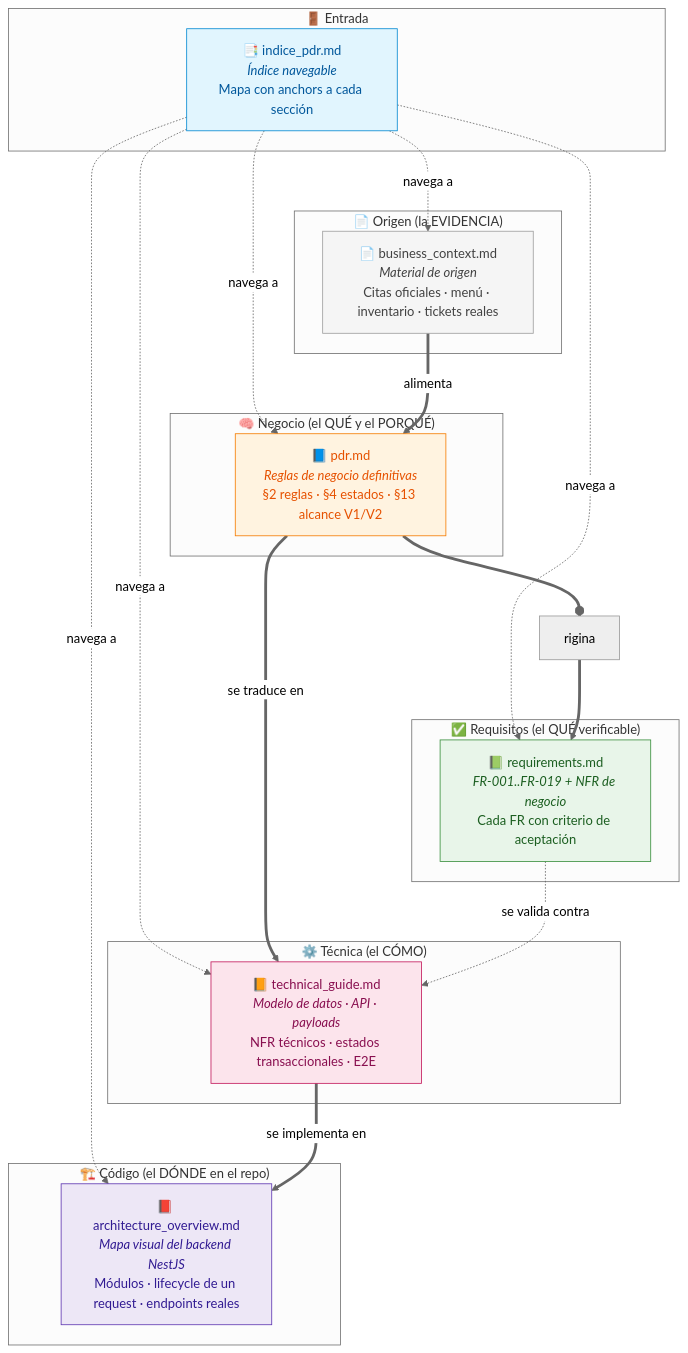
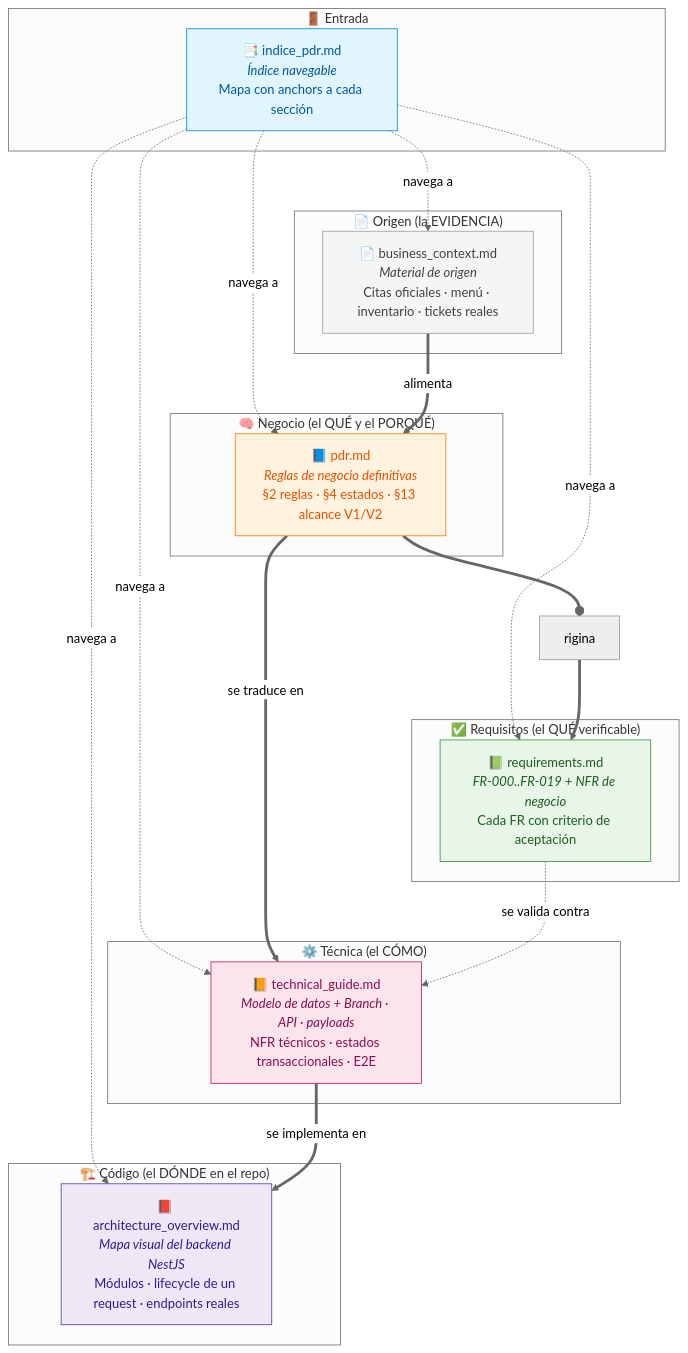
One commit to Santillan-Reyna-Ariel-Angel/wonderchicken-docs changed the first of 5 diagrams in docs/indice_pdr.md. Above: the diagram before and after it, drawn with Mermaid (neutral theme). The commit also changed 8 other files, not shown here.

````diff
--- a/docs/indice_pdr.md
+++ b/docs/indice_pdr.md
@@ -68,51 +68,51 @@
 ```mermaid
 flowchart TB
     subgraph entrada["🚪 Entrada"]
         IDX["📑 indice_pdr.md<br/><i>Índice navegable</i><br/>Mapa con anchors a cada sección"]
     end
 
     subgraph origen["📄 Origen (la EVIDENCIA)"]
         BC["📄 business_context.md<br/><i>Material de origen</i><br/>Citas oficiales · menú · inventario · tickets reales"]
     end
 
     subgraph negocio["🧠 Negocio (el QUÉ y el PORQUÉ)"]
         PDR["📘 pdr.md<br/><i>Reglas de negocio definitivas</i><br/>§2 reglas · §4 estados · §13 alcance V1/V2"]
     end
 
     subgraph requis["✅ Requisitos (el QUÉ verificable)"]
-        REQ["📗 requirements.md<br/><i>FR-001..FR-019 + NFR de negocio</i><br/>Cada FR con criterio de aceptación"]
+        REQ["📗 requirements.md<br/><i>FR-000..FR-019 + NFR de negocio</i><br/>Cada FR con criterio de aceptación"]
     end
 
     subgraph tecnica["⚙️ Técnica (el CÓMO)"]
-        TECH["📙 technical_guide.md<br/><i>Modelo de datos · API · payloads</i><br/>NFR técnicos · estados transaccionales · E2E"]
+        TECH["📙 technical_guide.md<br/><i>Modelo de datos + Branch · API · payloads</i><br/>NFR técnicos · estados transaccionales · E2E"]
     end
 
     subgraph codigo["🏗️ Código (el DÓNDE en el repo)"]
         ARCH["📕 architecture_overview.md<br/><i>Mapa visual del backend NestJS</i><br/>Módulos · lifecycle de un request · endpoints reales"]
     end
 
     IDX -.navega a.-> BC
     IDX -.navega a.-> PDR
     IDX -.navega a.-> REQ
     IDX -.navega a.-> TECH
     IDX -.navega a.-> ARCH
 
     BC ==alimenta==> PDR
     PDR ==origina==> REQ
     PDR ==se traduce en==> TECH
     REQ -.se valida contra.-> TECH
     TECH ==se implementa en==> ARCH
 
     classDef idx fill:#e1f5fe,stroke:#0288d1,color:#01579b
     classDef bc fill:#f5f5f5,stroke:#9e9e9e,color:#424242
     classDef pdr fill:#fff3e0,stroke:#f57c00,color:#e65100
     classDef req fill:#e8f5e9,stroke:#388e3c,color:#1b5e20
     classDef tech fill:#fce4ec,stroke:#c2185b,color:#880e4f
     classDef arch fill:#ede7f6,stroke:#5e35b1,color:#311b92
     class IDX idx
     class BC bc
     class PDR pdr
     class REQ req
     class TECH tech
     class ARCH arch
 ```
````
